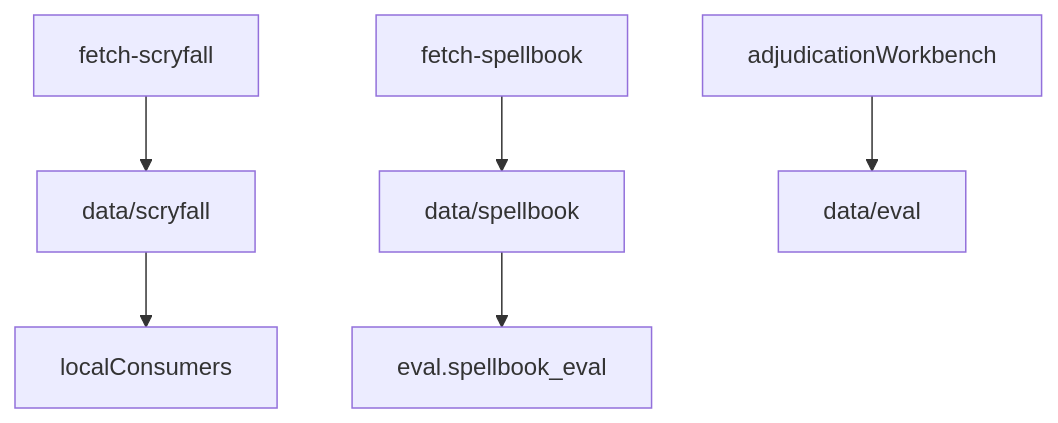
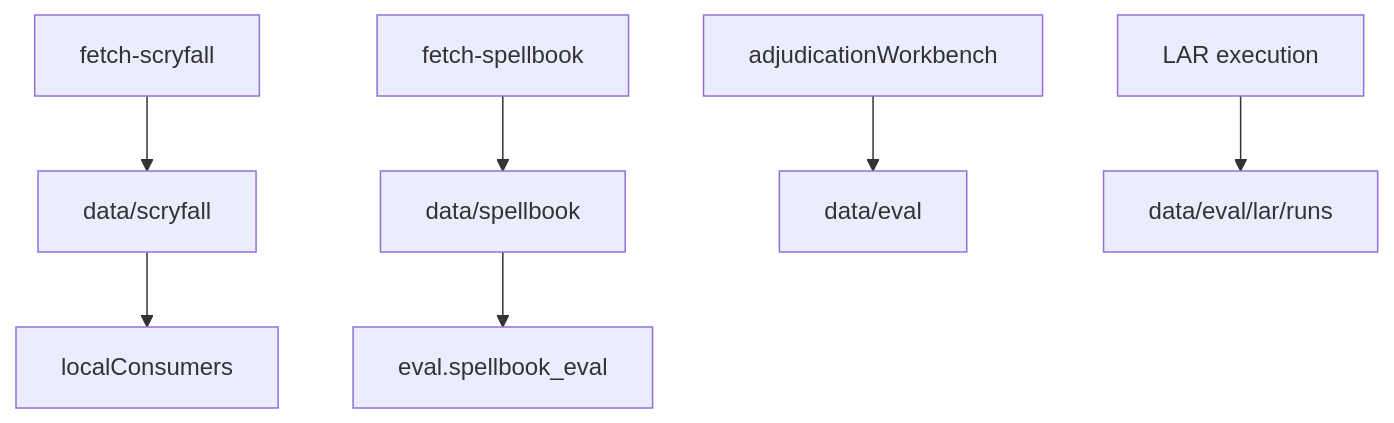
Before and after one commit to witzbeck/mtg-loop-engine: the diagram in data/README.md, drawn with Mermaid. The commit also changed other lines of this file and 25 other files, not shown here.

First line of the commit message:
Refactor LAR to ephemeral execution and durable knowledge promotion.

````diff
--- a/data/README.md
+++ b/data/README.md
@@ -13,8 +13,9 @@
 ```mermaid
 graph TB;
   fetchScryfall[fetch-scryfall] --> scryfall[data/scryfall];
   fetchSpellbook[fetch-spellbook] --> spellbook[data/spellbook];
   workbench[adjudicationWorkbench] --> evalDb[data/eval];
+  lar[LAR execution] --> larRuns[data/eval/lar/runs];
   scryfall --> consumers[localConsumers];
   spellbook --> evalPkg[eval.spellbook_eval];
 ```
````
